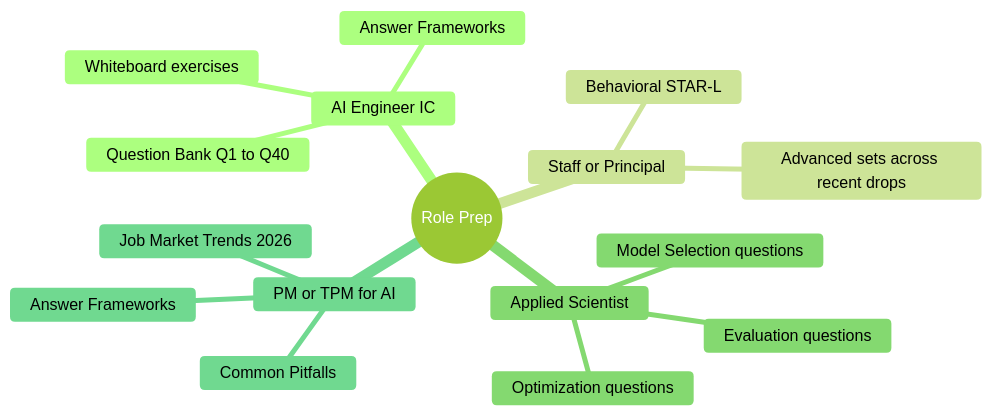
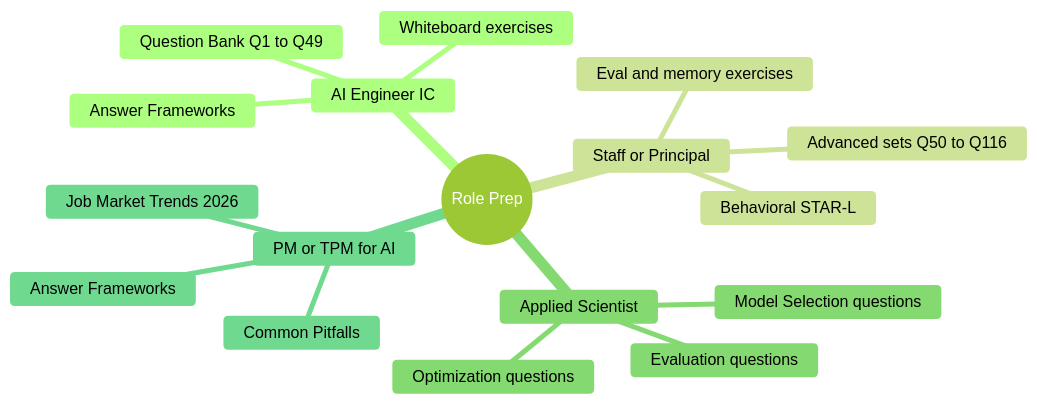
Before and after one commit to nckhemanth/AI-Engineering: the second of 2 diagrams in 00-interview-prep/README.md, drawn with Mermaid (forest theme). The commit also changed other lines of this file and 3 other files, not shown here.

````diff
--- a/00-interview-prep/README.md
+++ b/00-interview-prep/README.md
@@ -26,19 +32,20 @@
 ```mermaid
 mindmap
   root((Role Prep))
     AI Engineer IC
-      Question Bank Q1 to Q40
+      Question Bank Q1 to Q49
       Answer Frameworks
       Whiteboard exercises
     Staff or Principal
-      Advanced sets across recent drops
+      Advanced sets Q50 to Q116
       Behavioral STAR-L
+      Eval and memory exercises
     Applied Scientist
       Model Selection questions
       Evaluation questions
       Optimization questions
     PM or TPM for AI
       Common Pitfalls
       Job Market Trends 2026
       Answer Frameworks
 ```
````
